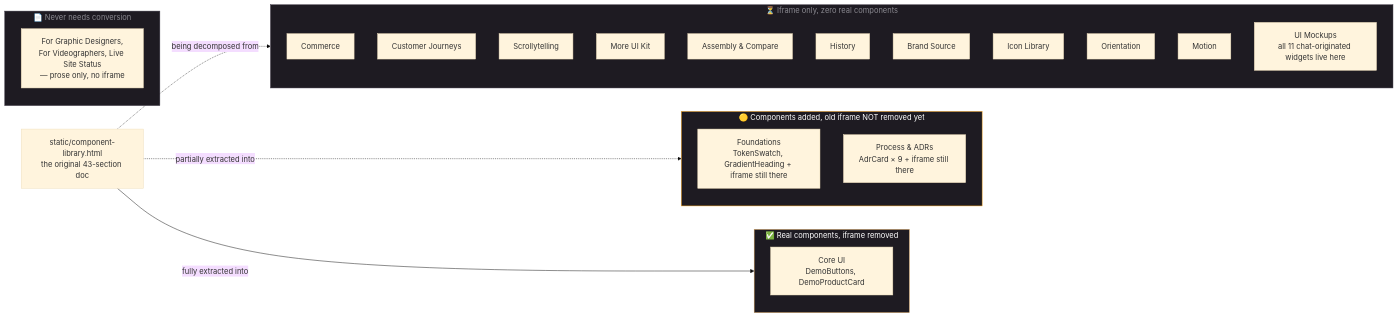
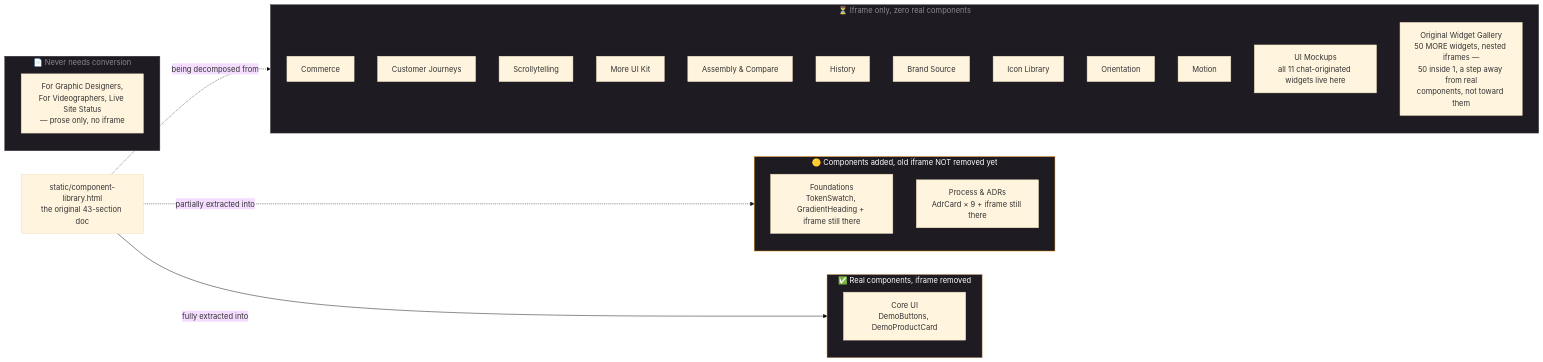
The first of 2 diagrams in README.md (andiekobbietks/afj-docs), drawn with Mermaid (base theme) before and after one commit. The commit also changed other lines of this file, not shown here.

First line of the commit message:
Add the Original Widget Gallery to the migration diagram honestly

````diff
--- a/README.md
+++ b/README.md
@@ -67,38 +67,39 @@
 ```mermaid
 flowchart LR
     subgraph done["✅ Real components, iframe removed"]
         CoreUI["Core UI<br/>DemoButtons, DemoProductCard"]
     end
 
     subgraph half["🟡 Components added, old iframe NOT removed yet"]
         Foundations["Foundations<br/>TokenSwatch, GradientHeading + iframe still there"]
         ADRs["Process & ADRs<br/>AdrCard × 9 + iframe still there"]
     end
 
     subgraph pending["⏳ Iframe only, zero real components"]
         Commerce["Commerce"]
         Journeys["Customer Journeys"]
         Scrolly["Scrollytelling"]
         MoreUI["More UI Kit"]
         Assembly["Assembly & Compare"]
         History["History"]
         Brand["Brand Source"]
         Icons2["Icon Library"]
         Orient2["Orientation"]
         MotionPage["Motion"]
         Mockups["UI Mockups<br/>all 11 chat-originated widgets live here"]
+        Gallery["Original Widget Gallery<br/>50 MORE widgets, nested iframes —<br/>50 inside 1, a step away from real<br/>components, not toward them"]
     end
 
     subgraph reference["📄 Never needs conversion"]
         Designers["For Graphic Designers,<br/>For Videographers, Live Site Status<br/>— prose only, no iframe"]
     end
 
     Source["static/component-library.html<br/>the original 43-section doc"] -.->|being decomposed from| pending
     Source -.->|partially extracted into| half
     Source -->|fully extracted into| done
 
     style done fill:#1E1B22,stroke:#C99552,color:#fff
     style half fill:#1E1B22,stroke:#f39c12,color:#fff
     style pending fill:#1E1B22,stroke:#3A3441,color:#8a8990
     style reference fill:#1E1B22,stroke:#3A3441,color:#8a8990
 ```
````
